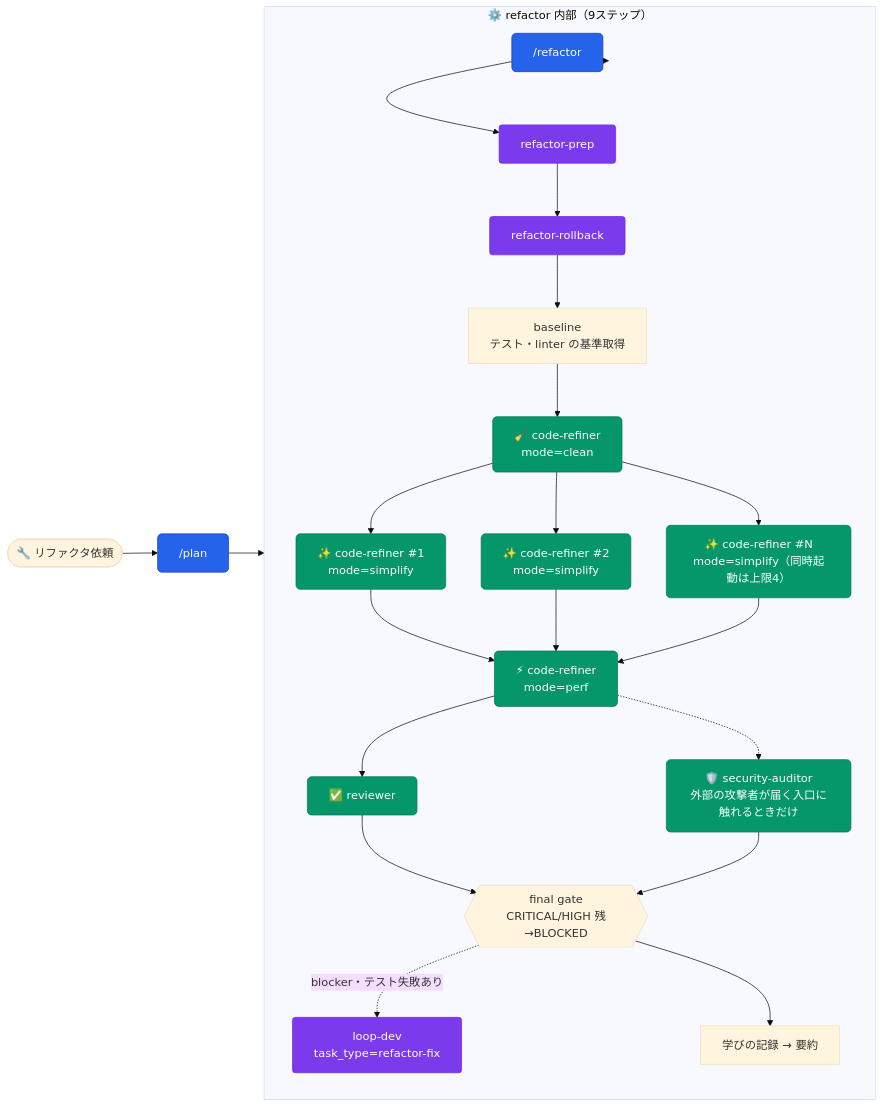
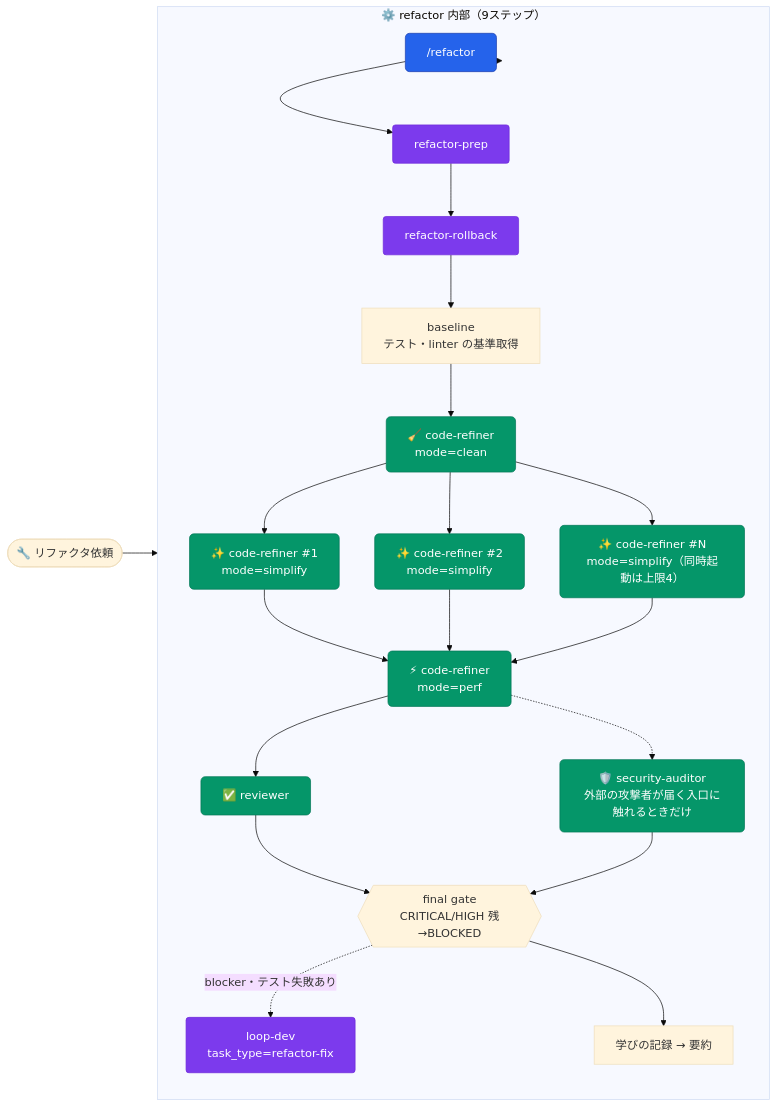
The third of 20 diagrams in README.md (aokumablue/claq), drawn with Mermaid (base theme) before and after one commit. The commit also changed other lines of this file, not shown here.

Commit message:
docs(readme): /plan が承認後に自ら実装する前提で連鎖の案内を直す

````diff
--- a/README.md
+++ b/README.md
@@ -255,28 +253,27 @@
 ```mermaid
 flowchart LR
   classDef cmd    fill:#2563eb,stroke:#1e40af,color:#fff,rx:6
   classDef agent  fill:#059669,stroke:#047857,color:#fff,rx:6
   classDef skill  fill:#7c3aed,stroke:#6d28d9,color:#fff,rx:4
 
-  U(["🔧 リファクタ依頼"]) --> CP["/plan"]:::cmd
-  CP --> CREF["/refactor"]:::cmd
+  U(["🔧 リファクタ依頼"]) --> CREF["/refactor"]:::cmd
 
   subgraph refactor["⚙️ refactor 内部（9ステップ）"]
     direction TB
     CREF --> SP["refactor-prep"]:::skill
     SP --> RB["refactor-rollback"]:::skill
     RB --> BASE["baseline<br/>テスト・linter の基準取得"]
     BASE --> AC["🧹 code-refiner<br/>mode=clean"]:::agent
     AC --> ASI1["✨ code-refiner #1<br/>mode=simplify"]:::agent
     AC --> ASI2["✨ code-refiner #2<br/>mode=simplify"]:::agent
     AC --> ASI3["✨ code-refiner #N<br/>mode=simplify（同時起動は上限4）"]:::agent
     ASI1 & ASI2 & ASI3 --> AP["⚡ code-refiner<br/>mode=perf"]:::agent
     AP --> AR["✅ reviewer"]:::agent
     AP -.-> AS["🛡️ security-auditor<br/>外部の攻撃者が届く入口に触れるときだけ"]:::agent
     AR & AS --> GATE{{"final gate<br/>CRITICAL/HIGH 残→BLOCKED"}}
     GATE -.->|"blocker・テスト失敗あり"| LD["loop-dev<br/>task_type=refactor-fix"]:::skill
     GATE --> LEARN["学びの記録 → 要約"]
   end
 
   CREF --> refactor
 ```
````
